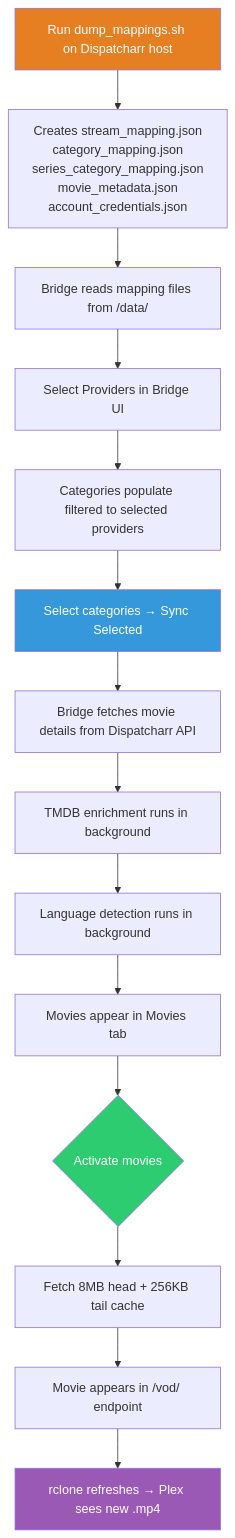
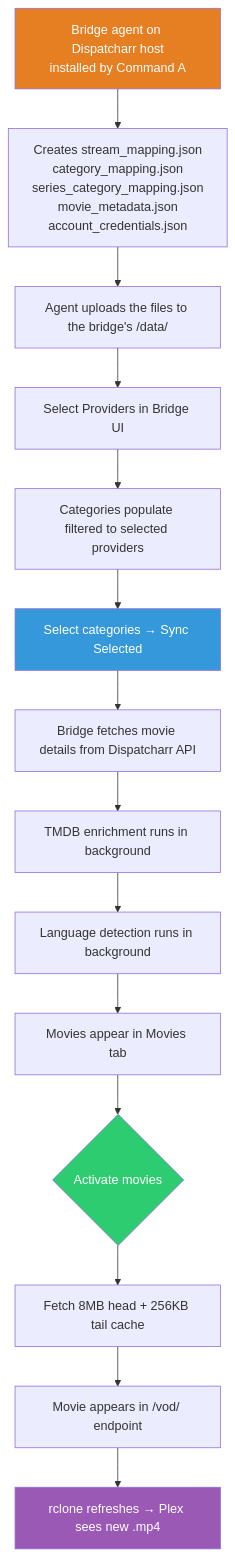
One commit to knmplace/vod-plex-bridge changed the fourth of 4 diagrams in README.md. Above: the diagram before and after it, drawn with Mermaid. The commit also changed other lines of this file and 30 other files, not shown here.

````diff
--- a/README.md
+++ b/README.md
@@ -123,21 +122,21 @@
 ```mermaid
 flowchart TD
-    A[Run dump_mappings.sh on Dispatcharr host] --> B[Creates stream_mapping.json<br/>category_mapping.json<br/>series_category_mapping.json<br/>movie_metadata.json<br/>account_credentials.json]
-    B --> C[Bridge reads mapping files from /data/]
+    A[Bridge agent on Dispatcharr host<br/>installed by Command A] --> B[Creates stream_mapping.json<br/>category_mapping.json<br/>series_category_mapping.json<br/>movie_metadata.json<br/>account_credentials.json]
+    B --> C[Agent uploads the files to the bridge's /data/]
     C --> D[Select Providers in Bridge UI]
     D --> E[Categories populate filtered to selected providers]
     E --> F[Select categories → Sync Selected]
     F --> G[Bridge fetches movie details from Dispatcharr API]
     G --> H[TMDB enrichment runs in background]
     H --> I[Language detection runs in background]
     I --> J[Movies appear in Movies tab]
     J --> K{Activate movies}
     K --> L[Fetch 8MB head + 256KB tail cache]
     L --> M[Movie appears in /vod/ endpoint]
     M --> N["rclone refreshes → Plex sees new .mp4"]
 
     style A fill:#e67e22,color:#fff
     style F fill:#3498db,color:#fff
     style K fill:#2ecc71,color:#fff
     style N fill:#9b59b6,color:#fff
 ```
````
